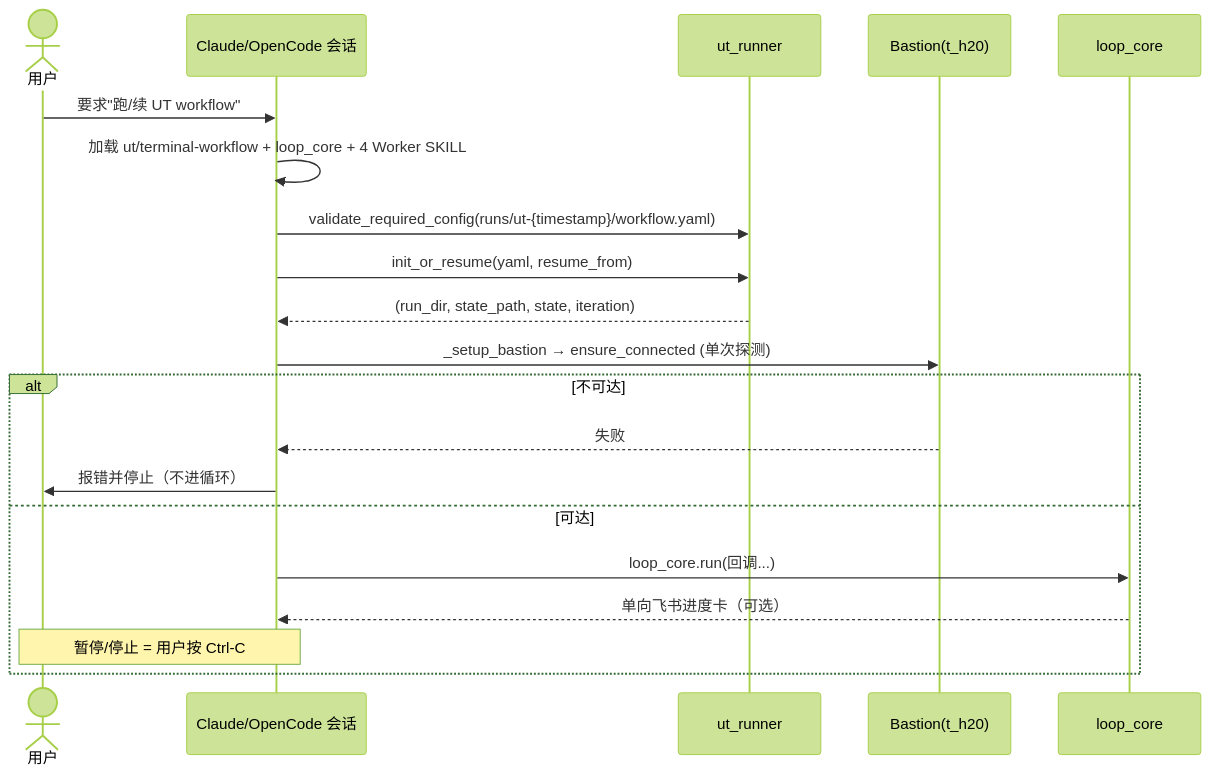
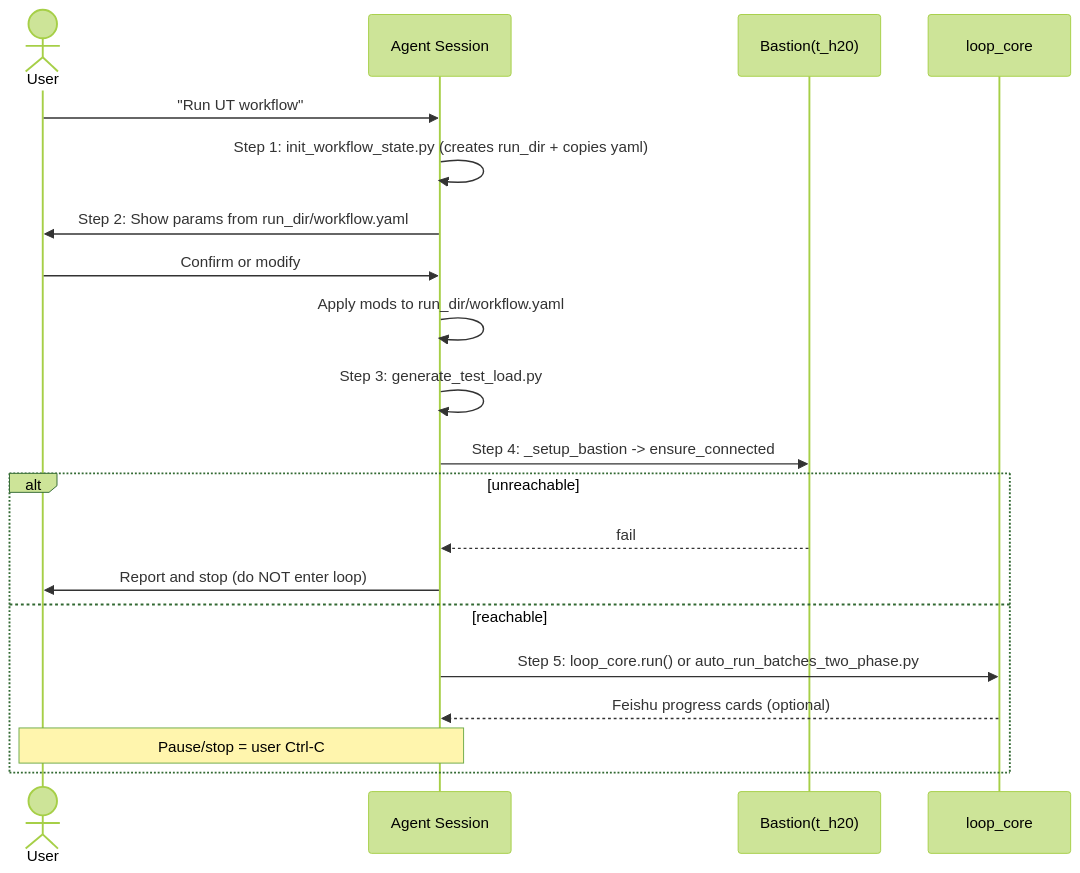
The diagram in skills/ut/terminal-workflow/SKILL.md (peterlau123/apmm), drawn with Mermaid (forest theme) before and after one commit. The commit also changed other lines of this file and 1 other file, not shown here.

First line of the commit message:
fix(ut): reorder startup flow - Init before Parameter Confirmation

````diff
--- a/skills/ut/terminal-workflow/SKILL.md
+++ b/skills/ut/terminal-workflow/SKILL.md
@@ -75,22 +145,22 @@
 ```mermaid
 sequenceDiagram
-    actor U as 用户
-    participant CC as Claude/OpenCode 会话
-    participant R as ut_runner
+    actor U as User
+    participant CC as Agent Session
     participant B as Bastion(t_h20)
     participant L as loop_core
-    U->>CC: 要求"跑/续 UT workflow"
-    CC->>CC: 加载 ut/terminal-workflow + loop_core + 4 Worker SKILL
-    CC->>R: validate_required_config(runs/ut-{timestamp}/workflow.yaml)
-    CC->>R: init_or_resume(yaml, resume_from)
-    R-->>CC: (run_dir, state_path, state, iteration)
-    CC->>B: _setup_bastion → ensure_connected (单次探测)
-    alt 不可达
-        B-->>CC: 失败
-        CC->>U: 报错并停止（不进循环）
-    else 可达
-        CC->>L: loop_core.run(回调...)
-        L-->>CC: 单向飞书进度卡（可选）
-        Note over CC,U: 暂停/停止 = 用户按 Ctrl-C
+    U->>CC: "Run UT workflow"
+    CC->>CC: Step 1: init_workflow_state.py (creates run_dir + copies yaml)
+    CC->>U: Step 2: Show params from run_dir/workflow.yaml
+    U->>CC: Confirm or modify
+    CC->>CC: Apply mods to run_dir/workflow.yaml
+    CC->>CC: Step 3: generate_test_load.py
+    CC->>B: Step 4: _setup_bastion -> ensure_connected
+    alt unreachable
+        B-->>CC: fail
+        CC->>U: Report and stop (do NOT enter loop)
+    else reachable
+        CC->>L: Step 5: loop_core.run() or auto_run_batches_two_phase.py
+        L-->>CC: Feishu progress cards (optional)
+        Note over CC,U: Pause/stop = user Ctrl-C
     end
 ```
````
